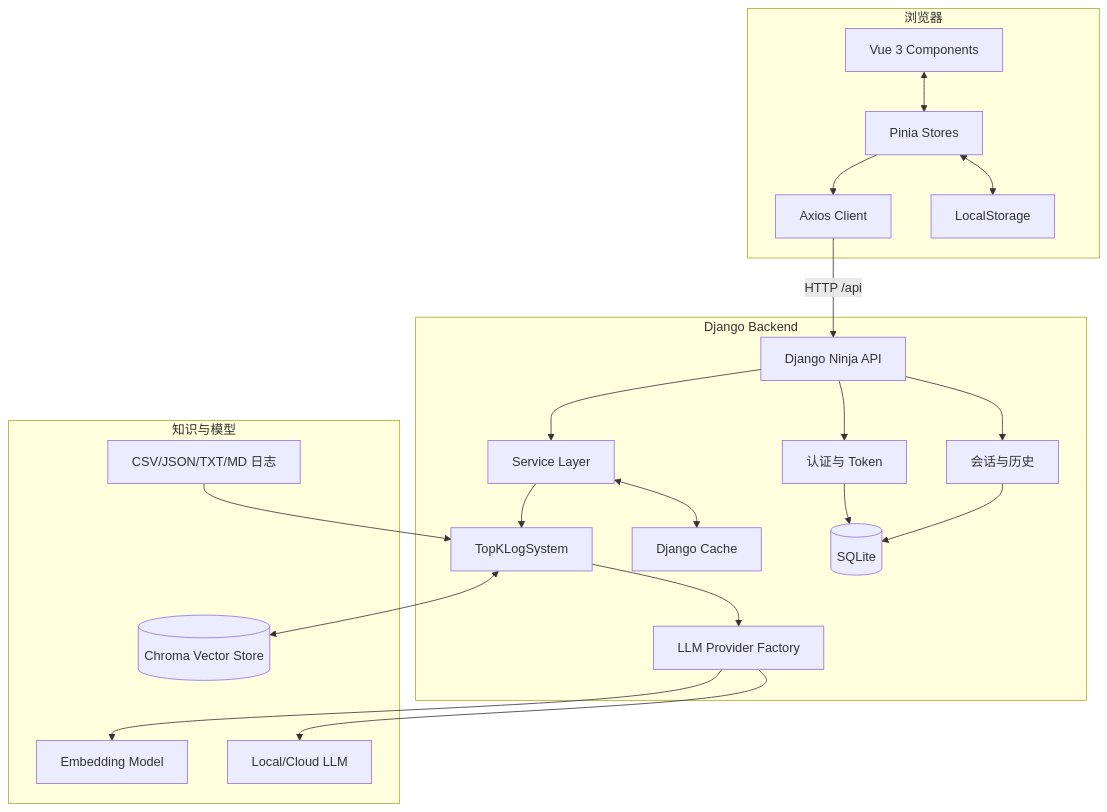
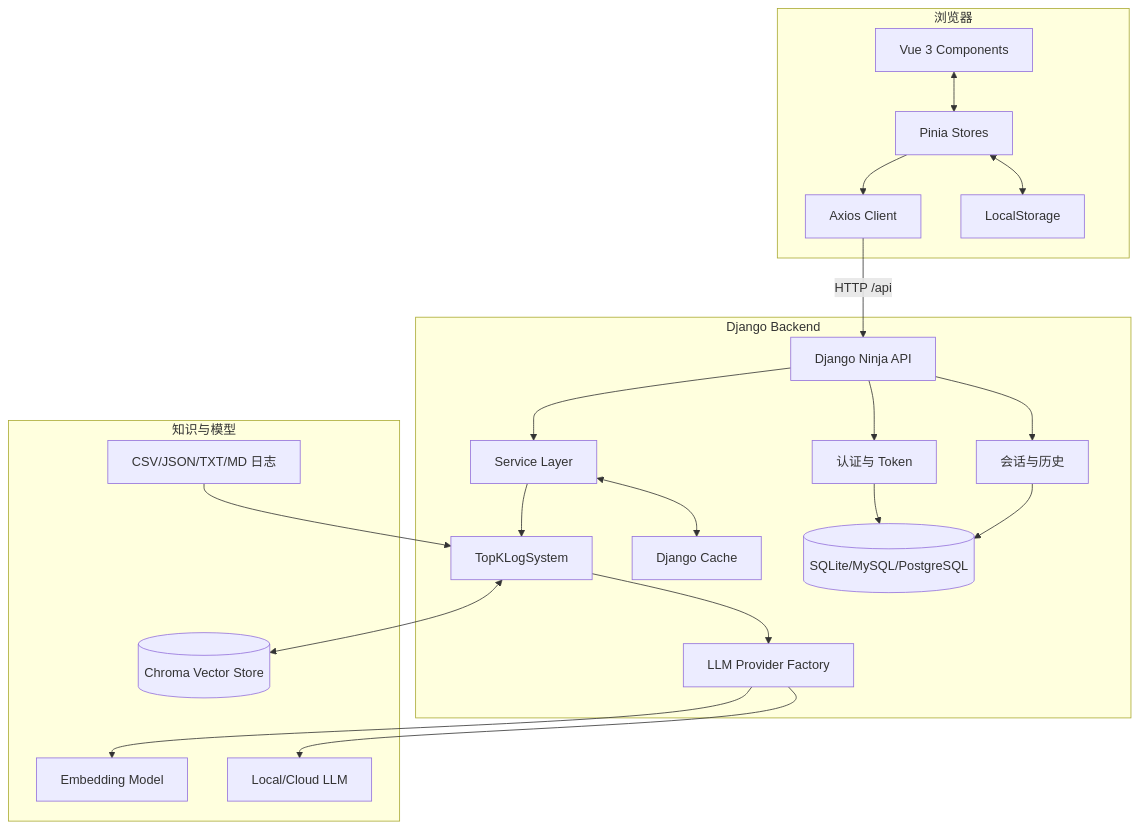
Before and after one commit to Florenz0707/Data-Analyze: the second of 6 diagrams in doc/project_interview_guide.md, drawn with Mermaid. The commit also changed other lines of this file and 20 other files, not shown here.

````diff
--- a/doc/project_interview_guide.md
+++ b/doc/project_interview_guide.md
@@ -303,44 +303,44 @@
 ```mermaid
 flowchart TB
     subgraph Browser[浏览器]
         UI[Vue 3 Components]
         Store[Pinia Stores]
         Client[Axios Client]
         LS[LocalStorage]
         UI <--> Store
         Store --> Client
         Store <--> LS
     end
 
     subgraph Backend[Django Backend]
         API[Django Ninja API]
         Auth[认证与 Token]
         Session[会话与历史]
         Service[Service Layer]
         RAG[TopKLogSystem]
         Factory[LLM Provider Factory]
         Cache[Django Cache]
-        DB[(SQLite)]
+        DB[(SQLite/MySQL/PostgreSQL)]
         API --> Auth
         API --> Session
         API --> Service
         Auth --> DB
         Session --> DB
         Service <--> Cache
         Service --> RAG
         RAG --> Factory
     end
 
     subgraph Knowledge[知识与模型]
         Files[CSV/JSON/TXT/MD 日志]
         Chroma[(Chroma Vector Store)]
         Embed[Embedding Model]
         LLM[Local/Cloud LLM]
         Files --> RAG
         RAG <--> Chroma
         Factory --> Embed
         Factory --> LLM
     end
 
     Client -->|HTTP /api| API
 ```
````
